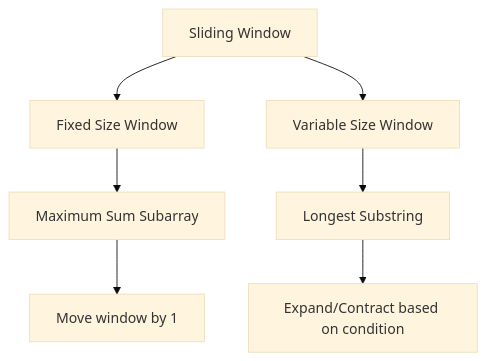
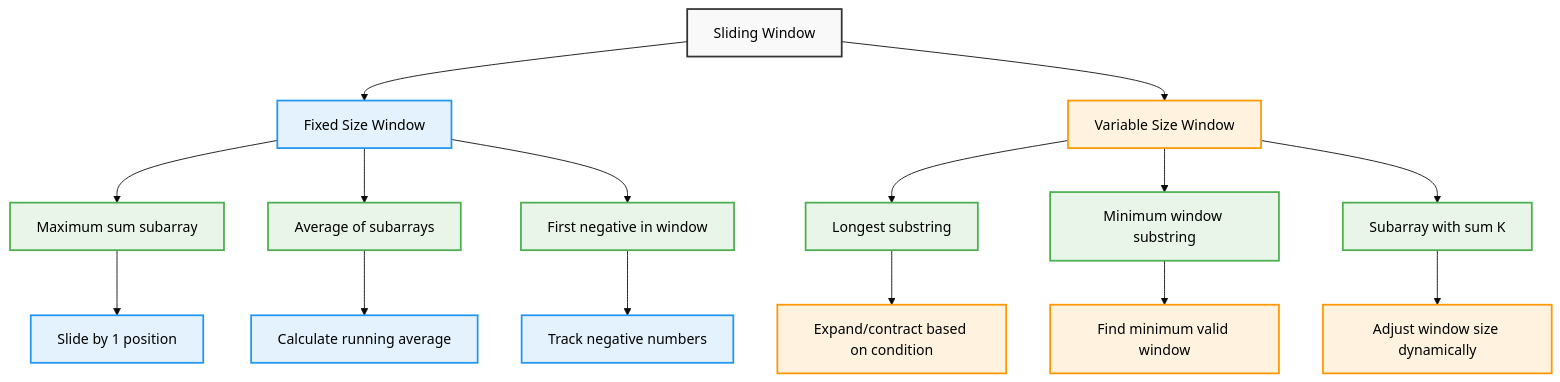
One commit to AbhishekGiri04/CodeVault changed the seventh of 9 diagrams in concepts/arrays.md. Above: the diagram before and after it, drawn with Mermaid (base theme). The commit also changed other lines of this file, not shown here.

````diff
--- a/concepts/arrays.md
+++ b/concepts/arrays.md
@@ -426,11 +660,29 @@
 ```mermaid
-graph TD
+flowchart TD
     A["Sliding Window"] --> B["Fixed Size Window"]
     A --> C["Variable Size Window"]
     
-    B --> D["Maximum Sum Subarray"]
-    C --> E["Longest Substring"]
+    B --> D["Maximum sum subarray"]
+    B --> E["Average of subarrays"]
+    B --> F["First negative in window"]
     
-    D --> F["Move window by 1"]
-    E --> G["Expand/Contract based on condition"]
+    C --> G["Longest substring"]
+    C --> H["Minimum window substring"]
+    C --> I["Subarray with sum K"]
+    
+    D --> J["Slide by 1 position"]
+    E --> K["Calculate running average"]
+    F --> L["Track negative numbers"]
+    
+    G --> M["Expand/contract based on condition"]
+    H --> N["Find minimum valid window"]
+    I --> O["Adjust window size dynamically"]
+    
+    classDef default fill:#f9f9f9,stroke:#333,stroke-width:2px,color:#000
+    classDef fixed fill:#e3f2fd,stroke:#2196f3,stroke-width:2px,color:#000
+    classDef variable fill:#fff3e0,stroke:#ff9800,stroke-width:2px,color:#000
+    classDef operations fill:#e8f5e8,stroke:#4caf50,stroke-width:2px,color:#000
+    class B,D,E,F,J,K,L fixed
+    class C,G,H,I,M,N,O variable
+    class D,E,F,G,H,I operations
 ```
````
